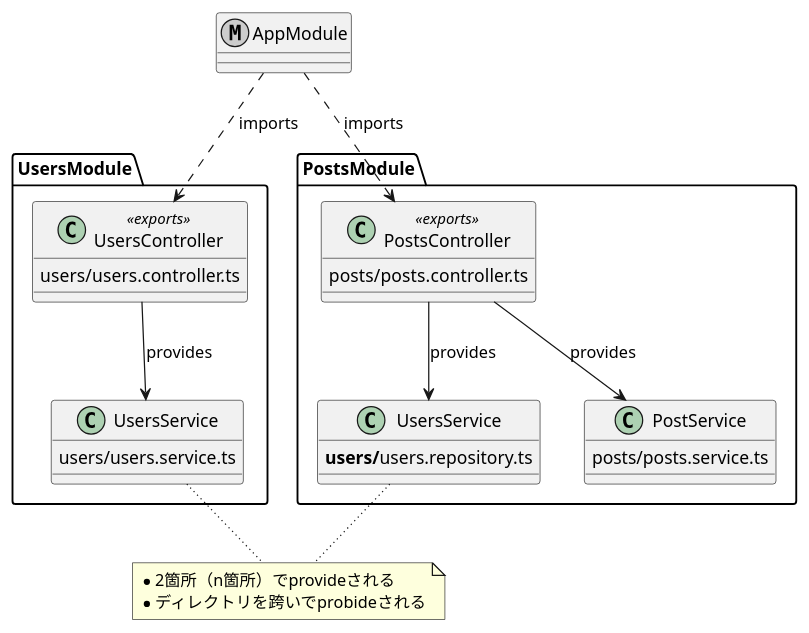
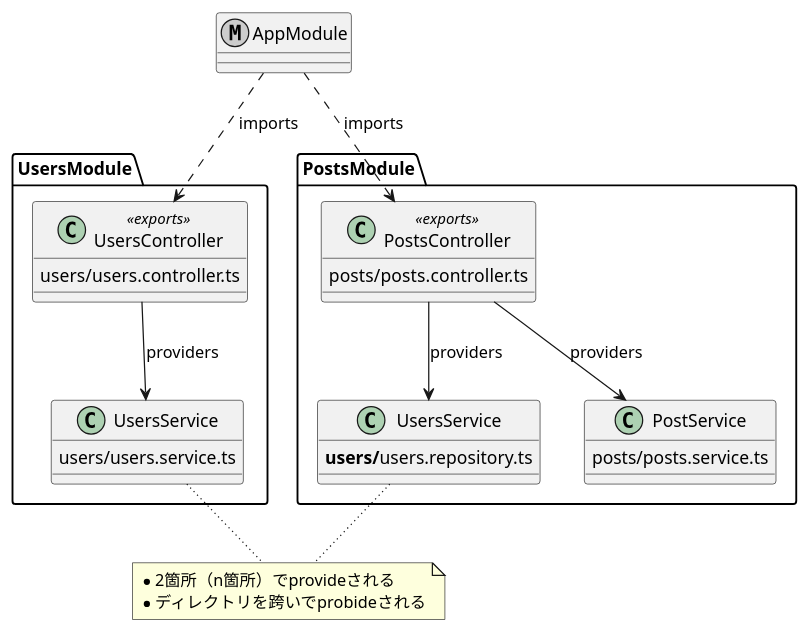
The second of 7 diagrams in source/_posts/2024-05-09-nestjs-module-system-best-plactice.md (KentarouTakeda/blog), drawn with PlantUML before and after one commit. The commit also changed other lines of this file, not shown here.

Commit message:
`provides` を `providers` に指定し前後の表現を調整

````diff
--- a/source/_posts/2024-05-09-nestjs-module-system-best-plactice.md
+++ b/source/_posts/2024-05-09-nestjs-module-system-best-plactice.md
@@ -92,40 +92,40 @@
 ```plantuml
 metaclass AppModule  {}
 
 package UsersModule {
   class UsersController <<exports>> {
     users/users.controller.ts
   }
   class UsersService {
     users/users.service.ts
   }
 
-  UsersController -d-> UsersService : provides
+  UsersController -d-> UsersService : providers
 }
 
 package PostsModule {
   class PostsController <<exports>> {
     posts/posts.controller.ts
   }
   class UsersService2 as "UsersService" {
     **users/**users.repository.ts
   }
   class PostService {
     posts/posts.service.ts
   }
 
-  PostsController -d-> UsersService2 : provides
-  PostsController -d-> PostService : provides
+  PostsController -d-> UsersService2 : providers
+  PostsController -d-> PostService : providers
 }
 
 AppModule .d.> UsersController : imports
 AppModule .d.> PostsController : imports
 
 note as N
   * 2箇所（n箇所）でprovideされる
   * ディレクトリを跨いでprobideされる
 end note
 
 N -u[dotted]- UsersService
 N -u[dotted]- UsersService2
 ```
````
